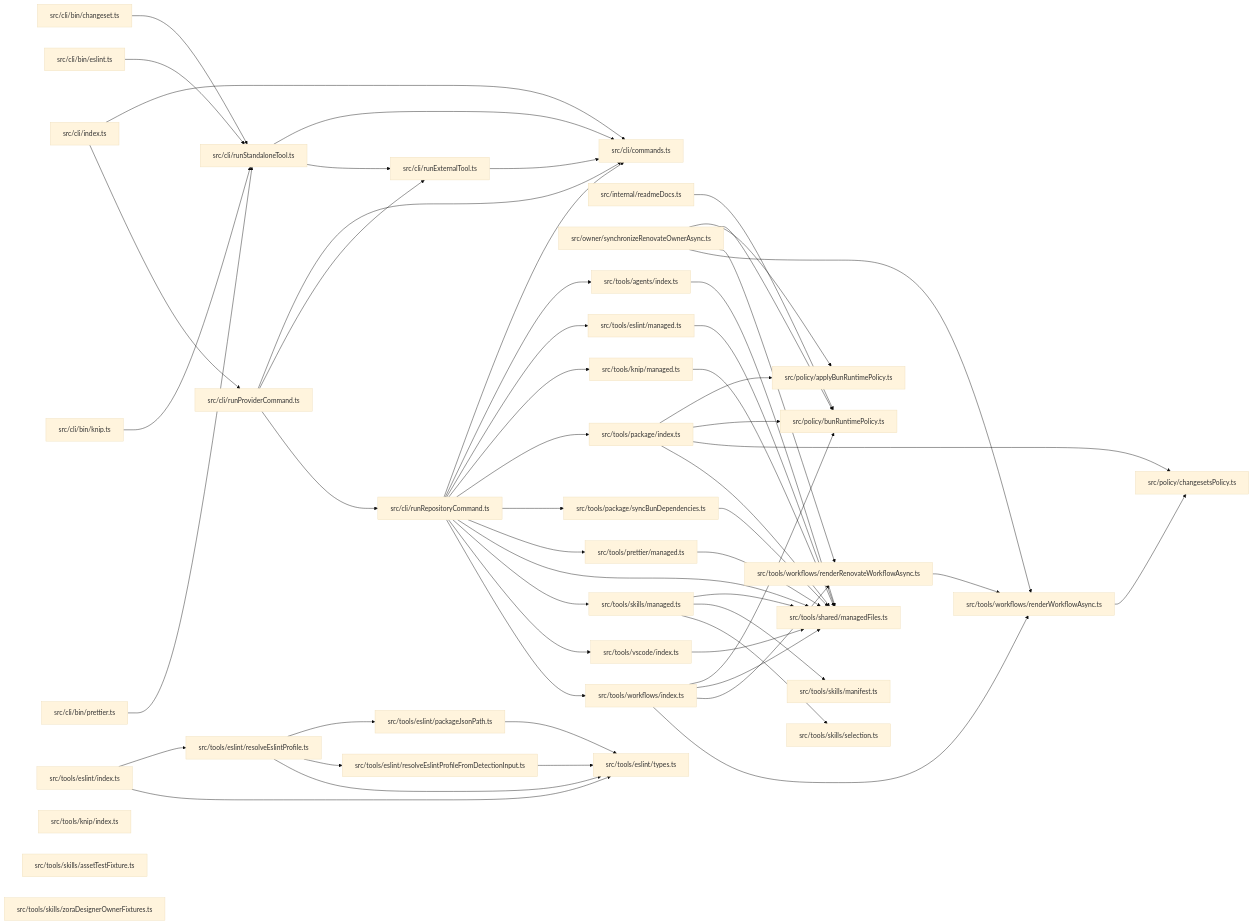
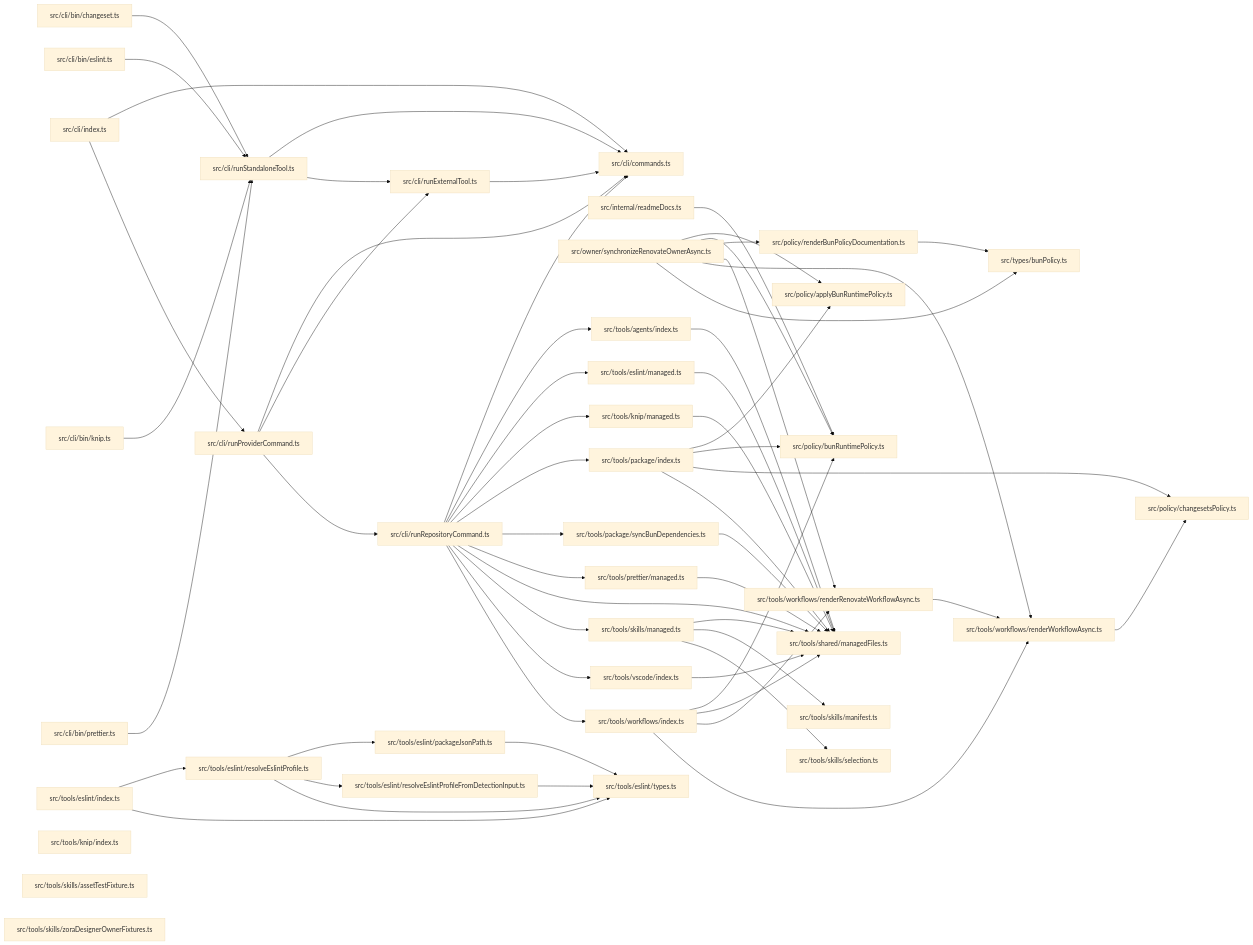
The diagram in paradox/diagrams/module-relationships.mmd (ankhorage/devtools), drawn with Mermaid (base theme) before and after one commit. The commit also changed 8 other files, not shown here.

Commit message:
fix: preserve canonical Bun policy in regenerated documentation

```diff
--- a/paradox/diagrams/module-relationships.mmd
+++ b/paradox/diagrams/module-relationships.mmd
@@ -1,92 +1,97 @@
 graph LR
   module_src_cli_bin_changeset_ts["src/cli/bin/changeset.ts"]
   module_src_cli_bin_eslint_ts["src/cli/bin/eslint.ts"]
   module_src_cli_bin_knip_ts["src/cli/bin/knip.ts"]
   module_src_cli_bin_prettier_ts["src/cli/bin/prettier.ts"]
   module_src_cli_commands_ts["src/cli/commands.ts"]
   module_src_cli_index_ts["src/cli/index.ts"]
   module_src_cli_runExternalTool_ts["src/cli/runExternalTool.ts"]
   module_src_cli_runProviderCommand_ts["src/cli/runProviderCommand.ts"]
   module_src_cli_runRepositoryCommand_ts["src/cli/runRepositoryCommand.ts"]
   module_src_cli_runStandaloneTool_ts["src/cli/runStandaloneTool.ts"]
   module_src_internal_readmeDocs_ts["src/internal/readmeDocs.ts"]
   module_src_owner_synchronizeRenovateOwnerAsync_ts["src/owner/synchronizeRenovateOwnerAsync.ts"]
   module_src_policy_applyBunRuntimePolicy_ts["src/policy/applyBunRuntimePolicy.ts"]
   module_src_policy_bunRuntimePolicy_ts["src/policy/bunRuntimePolicy.ts"]
   module_src_policy_changesetsPolicy_ts["src/policy/changesetsPolicy.ts"]
+  module_src_policy_renderBunPolicyDocumentation_ts["src/policy/renderBunPolicyDocumentation.ts"]
   module_src_tools_agents_index_ts["src/tools/agents/index.ts"]
   module_src_tools_eslint_index_ts["src/tools/eslint/index.ts"]
   module_src_tools_eslint_managed_ts["src/tools/eslint/managed.ts"]
   module_src_tools_eslint_packageJsonPath_ts["src/tools/eslint/packageJsonPath.ts"]
   module_src_tools_eslint_resolveEslintProfile_ts["src/tools/eslint/resolveEslintProfile.ts"]
   module_src_tools_eslint_resolveEslintProfileFromDetectionInput_ts["src/tools/eslint/resolveEslintProfileFromDetectionInput.ts"]
   module_src_tools_eslint_types_ts["src/tools/eslint/types.ts"]
   module_src_tools_knip_index_ts["src/tools/knip/index.ts"]
   module_src_tools_knip_managed_ts["src/tools/knip/managed.ts"]
   module_src_tools_package_index_ts["src/tools/package/index.ts"]
   module_src_tools_package_syncBunDependencies_ts["src/tools/package/syncBunDependencies.ts"]
   module_src_tools_prettier_managed_ts["src/tools/prettier/managed.ts"]
   module_src_tools_shared_managedFiles_ts["src/tools/shared/managedFiles.ts"]
   module_src_tools_skills_assetTestFixture_ts["src/tools/skills/assetTestFixture.ts"]
   module_src_tools_skills_managed_ts["src/tools/skills/managed.ts"]
   module_src_tools_skills_manifest_ts["src/tools/skills/manifest.ts"]
   module_src_tools_skills_selection_ts["src/tools/skills/selection.ts"]
   module_src_tools_skills_zoraDesignerOwnerFixtures_ts["src/tools/skills/zoraDesignerOwnerFixtures.ts"]
   module_src_tools_vscode_index_ts["src/tools/vscode/index.ts"]
   module_src_tools_workflows_index_ts["src/tools/workflows/index.ts"]
   module_src_tools_workflows_renderRenovateWorkflowAsync_ts["src/tools/workflows/renderRenovateWorkflowAsync.ts"]
   module_src_tools_workflows_renderWorkflowAsync_ts["src/tools/workflows/renderWorkflowAsync.ts"]
+  module_src_types_bunPolicy_ts["src/types/bunPolicy.ts"]
   module_src_cli_bin_changeset_ts --> module_src_cli_runStandaloneTool_ts
   module_src_cli_bin_eslint_ts --> module_src_cli_runStandaloneTool_ts
   module_src_cli_bin_knip_ts --> module_src_cli_runStandaloneTool_ts
   module_src_cli_bin_prettier_ts --> module_src_cli_runStandaloneTool_ts
   module_src_cli_index_ts --> module_src_cli_commands_ts
   module_src_cli_index_ts --> module_src_cli_runProviderCommand_ts
   module_src_cli_runExternalTool_ts --> module_src_cli_commands_ts
   module_src_cli_runProviderCommand_ts --> module_src_cli_commands_ts
   module_src_cli_runProviderCommand_ts --> module_src_cli_runExternalTool_ts
   module_src_cli_runProviderCommand_ts --> module_src_cli_runRepositoryCommand_ts
   module_src_cli_runRepositoryCommand_ts --> module_src_cli_commands_ts
   module_src_cli_runRepositoryCommand_ts --> module_src_tools_agents_index_ts
   module_src_cli_runRepositoryCommand_ts --> module_src_tools_eslint_managed_ts
   module_src_cli_runRepositoryCommand_ts --> module_src_tools_knip_managed_ts
   module_src_cli_runRepositoryCommand_ts --> module_src_tools_package_index_ts
   module_src_cli_runRepositoryCommand_ts --> module_src_tools_package_syncBunDependencies_ts
   module_src_cli_runRepositoryCommand_ts --> module_src_tools_prettier_managed_ts
   module_src_cli_runRepositoryCommand_ts --> module_src_tools_shared_managedFiles_ts
   module_src_cli_runRepositoryCommand_ts --> module_src_tools_skills_managed_ts
   module_src_cli_runRepositoryCommand_ts --> module_src_tools_vscode_index_ts
   module_src_cli_runRepositoryCommand_ts --> module_src_tools_workflows_index_ts
   module_src_cli_runStandaloneTool_ts --> module_src_cli_commands_ts
   module_src_cli_runStandaloneTool_ts --> module_src_cli_runExternalTool_ts
   module_src_internal_readmeDocs_ts --> module_src_policy_bunRuntimePolicy_ts
   module_src_owner_synchronizeRenovateOwnerAsync_ts --> module_src_policy_applyBunRuntimePolicy_ts
   module_src_owner_synchronizeRenovateOwnerAsync_ts --> module_src_policy_bunRuntimePolicy_ts
+  module_src_owner_synchronizeRenovateOwnerAsync_ts --> module_src_policy_renderBunPolicyDocumentation_ts
   module_src_owner_synchronizeRenovateOwnerAsync_ts --> module_src_tools_workflows_renderRenovateWorkflowAsync_ts
   module_src_owner_synchronizeRenovateOwnerAsync_ts --> module_src_tools_workflows_renderWorkflowAsync_ts
+  module_src_owner_synchronizeRenovateOwnerAsync_ts --> module_src_types_bunPolicy_ts
+  module_src_policy_renderBunPolicyDocumentation_ts --> module_src_types_bunPolicy_ts
   module_src_tools_agents_index_ts --> module_src_tools_shared_managedFiles_ts
   module_src_tools_eslint_index_ts --> module_src_tools_eslint_resolveEslintProfile_ts
   module_src_tools_eslint_index_ts --> module_src_tools_eslint_types_ts
   module_src_tools_eslint_managed_ts --> module_src_tools_shared_managedFiles_ts
   module_src_tools_eslint_packageJsonPath_ts --> module_src_tools_eslint_types_ts
   module_src_tools_eslint_resolveEslintProfile_ts --> module_src_tools_eslint_packageJsonPath_ts
   module_src_tools_eslint_resolveEslintProfile_ts --> module_src_tools_eslint_resolveEslintProfileFromDetectionInput_ts
   module_src_tools_eslint_resolveEslintProfile_ts --> module_src_tools_eslint_types_ts
   module_src_tools_eslint_resolveEslintProfileFromDetectionInput_ts --> module_src_tools_eslint_types_ts
   module_src_tools_knip_managed_ts --> module_src_tools_shared_managedFiles_ts
   module_src_tools_package_index_ts --> module_src_policy_applyBunRuntimePolicy_ts
   module_src_tools_package_index_ts --> module_src_policy_bunRuntimePolicy_ts
   module_src_tools_package_index_ts --> module_src_policy_changesetsPolicy_ts
   module_src_tools_package_index_ts --> module_src_tools_shared_managedFiles_ts
   module_src_tools_package_syncBunDependencies_ts --> module_src_tools_shared_managedFiles_ts
   module_src_tools_prettier_managed_ts --> module_src_tools_shared_managedFiles_ts
   module_src_tools_skills_managed_ts --> module_src_tools_shared_managedFiles_ts
   module_src_tools_skills_managed_ts --> module_src_tools_skills_manifest_ts
   module_src_tools_skills_managed_ts --> module_src_tools_skills_selection_ts
   module_src_tools_vscode_index_ts --> module_src_tools_shared_managedFiles_ts
   module_src_tools_workflows_index_ts --> module_src_policy_bunRuntimePolicy_ts
   module_src_tools_workflows_index_ts --> module_src_tools_shared_managedFiles_ts
   module_src_tools_workflows_index_ts --> module_src_tools_workflows_renderRenovateWorkflowAsync_ts
   module_src_tools_workflows_index_ts --> module_src_tools_workflows_renderWorkflowAsync_ts
   module_src_tools_workflows_renderRenovateWorkflowAsync_ts --> module_src_tools_workflows_renderWorkflowAsync_ts
   module_src_tools_workflows_renderWorkflowAsync_ts --> module_src_policy_changesetsPolicy_ts
```
